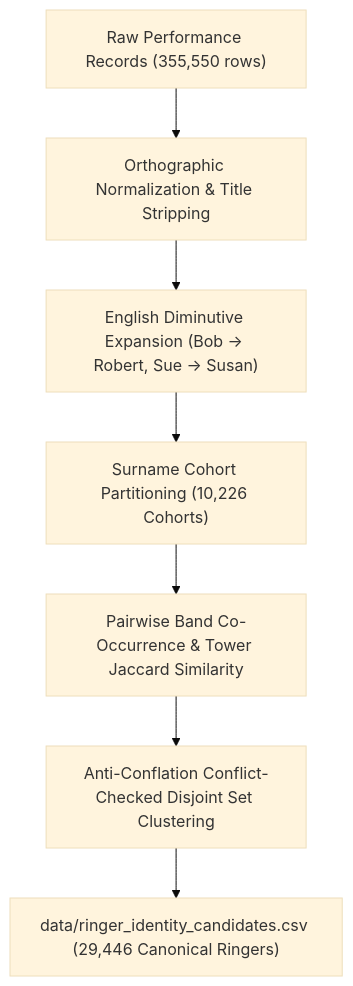
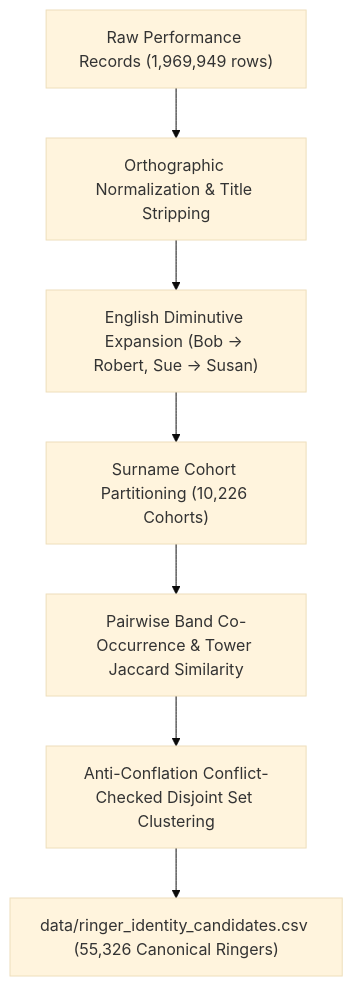
The diagram in docs/ringer_identity_resolution.md (nihilisticiconoclast/change-ringing), drawn with Mermaid (base theme) before and after one commit. The commit also changed other lines of this file and 10 other files, not shown here.

````diff
--- a/docs/ringer_identity_resolution.md
+++ b/docs/ringer_identity_resolution.md
@@ -27,9 +27,9 @@
 ```mermaid
 graph TD
-    A["Raw Performance Records (355,550 rows)"] --> B["Orthographic Normalization & Title Stripping"]
+    A["Raw Performance Records (1,969,949 rows)"] --> B["Orthographic Normalization & Title Stripping"]
     B --> C["English Diminutive Expansion (Bob -> Robert, Sue -> Susan)"]
     C --> D["Surname Cohort Partitioning (10,226 Cohorts)"]
     D --> E["Pairwise Band Co-Occurrence & Tower Jaccard Similarity"]
     E --> F["Anti-Conflation Conflict-Checked Disjoint Set Clustering"]
-    F --> G["data/ringer_identity_candidates.csv (29,446 Canonical Ringers)"]
+    F --> G["data/ringer_identity_candidates.csv (55,326 Canonical Ringers)"]
 ```
````
